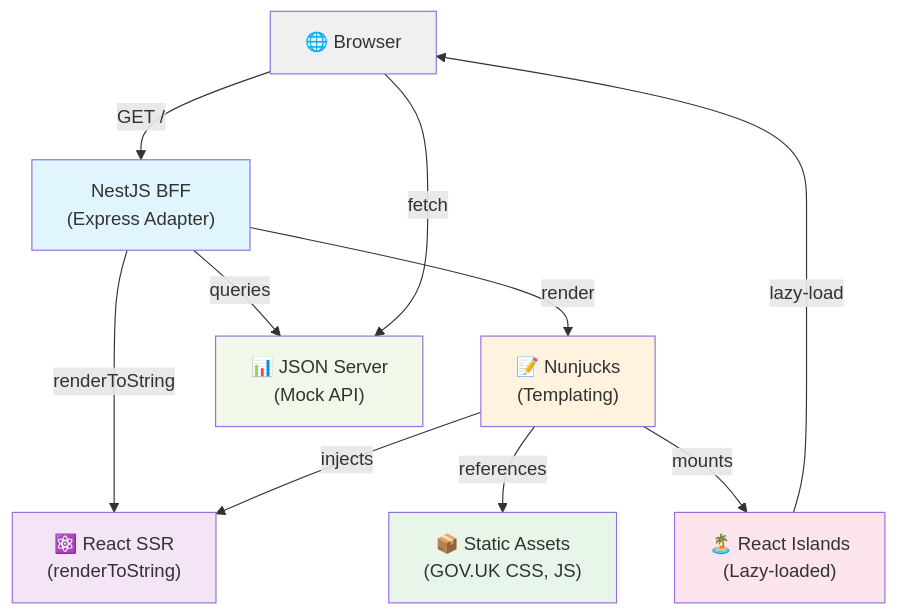
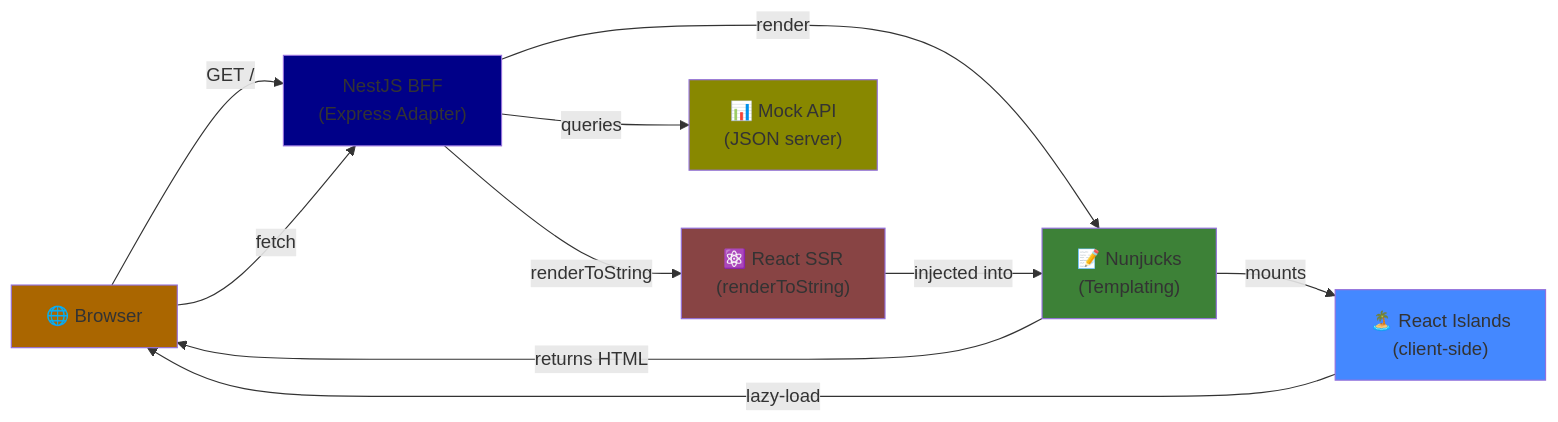
Before and after one commit to jameshill-cloud/bff-stack-poc: the diagram in ARCHITECTURE.md, drawn with Mermaid. The commit also changed other lines of this file and 2 other files, not shown here.

````diff
--- a/ARCHITECTURE.md
+++ b/ARCHITECTURE.md
@@ -5,28 +5,26 @@
 ```mermaid
-graph TB
+graph LR
     Browser["🌐 Browser"]
     NestJS["NestJS BFF<br/>(Express Adapter)"]
     Nunjucks["📝 Nunjucks<br/>(Templating)"]
     React["⚛️  React SSR<br/>(renderToString)"]
-    StaticAssets["📦 Static Assets<br/>(GOV.UK CSS, JS)"]
-    Islands["🏝️ React Islands<br/>(Lazy-loaded)"]
-    JsonServer["📊 JSON Server<br/>(Mock API)"]
+    Islands["🏝️ React Islands<br/>(client-side)"]
+    MockAPI["📊 Mock API<br/>(JSON server)"]
 
     Browser -->|GET /| NestJS
+    Browser -->|fetch| NestJS
     NestJS -->|render| Nunjucks
     NestJS -->|renderToString| React
-    Nunjucks -->|injects| React
-    Nunjucks -->|references| StaticAssets
+    React -->|injected into| Nunjucks
     Nunjucks -->|mounts| Islands
     Islands -->|lazy-load| Browser
-    NestJS -->|queries| JsonServer
-    Browser -->|fetch| JsonServer
+    Nunjucks -->|returns HTML| Browser
+    NestJS -->|queries| MockAPI
 
-    style Browser fill:#f0f0f0
-    style NestJS fill:#e1f5ff
-    style Nunjucks fill:#fff3e0
-    style React fill:#f3e5f5
-    style StaticAssets fill:#e8f5e9
-    style Islands fill:#fce4ec
-    style JsonServer fill:#f1f8e9
+    style Browser fill:#aa6600
+    style NestJS fill:#000088
+    style Nunjucks fill:#3d8137
+    style React fill:#884444
+    style Islands fill:#4488ff
+    style MockAPI fill:#888800
 ```
````
